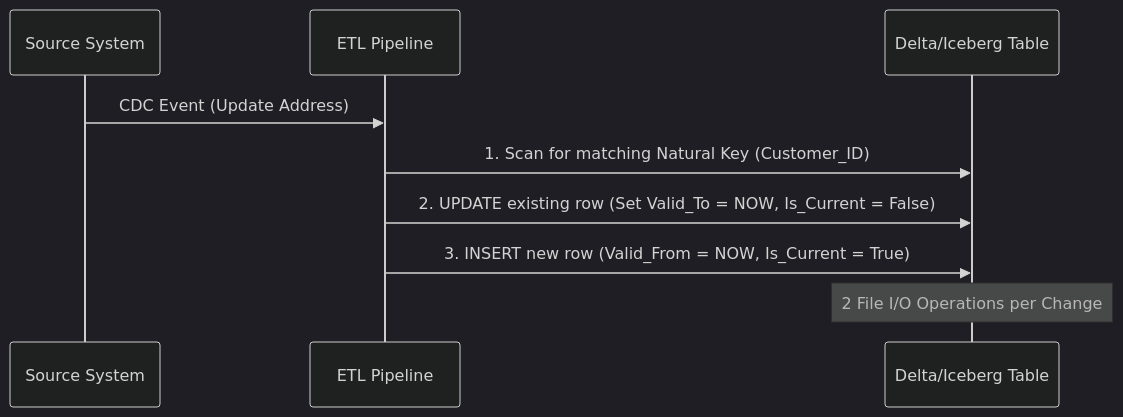
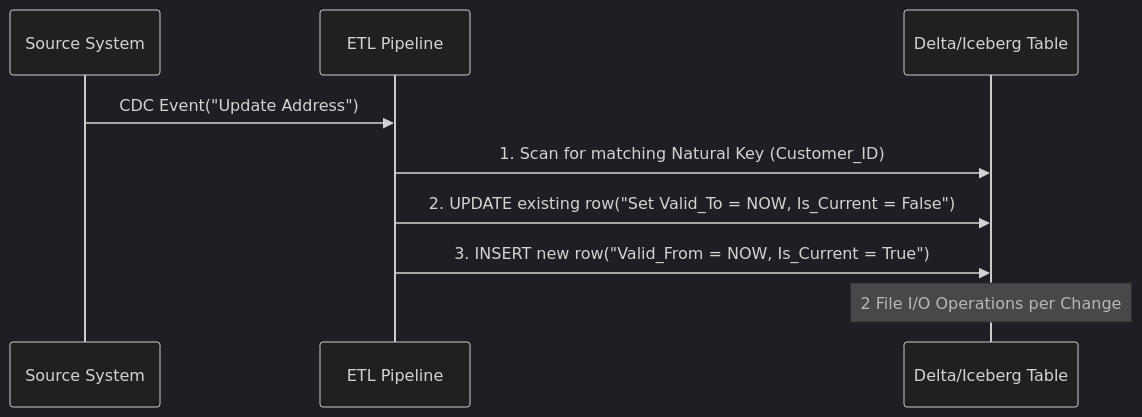
The diagram in src/content/docs/concepts/6-data-modeling-transformation/slowly-changing-dimension.md (kythuatdulieu/kythuatdulieu.github.io), drawn with Mermaid (dark theme) before and after one commit. The commit also changed 190 other files, not shown here.

Commit message:
fix: resolve mermaid syntax, math rendering, and metadata issues from content rewrite

````diff
--- a/src/content/docs/concepts/6-data-modeling-transformation/slowly-changing-dimension.md
+++ b/src/content/docs/concepts/6-data-modeling-transformation/slowly-changing-dimension.md
@@ -41,12 +41,12 @@
 ```mermaid
 sequenceDiagram
     participant S as Source System
     participant E as ETL Pipeline
     participant D as Delta/Iceberg Table
     
-    S->>E: CDC Event (Update Address)
+    S->>E: CDC Event("Update Address")
     E->>D: 1. Scan for matching Natural Key (Customer_ID)
-    E->>D: 2. UPDATE existing row (Set Valid_To = NOW, Is_Current = False)
-    E->>D: 3. INSERT new row (Valid_From = NOW, Is_Current = True)
+    E->>D: 2. UPDATE existing row("Set Valid_To = NOW, Is_Current = False")
+    E->>D: 3. INSERT new row("Valid_From = NOW, Is_Current = True")
     Note over D: 2 File I/O Operations per Change
 ```
````
